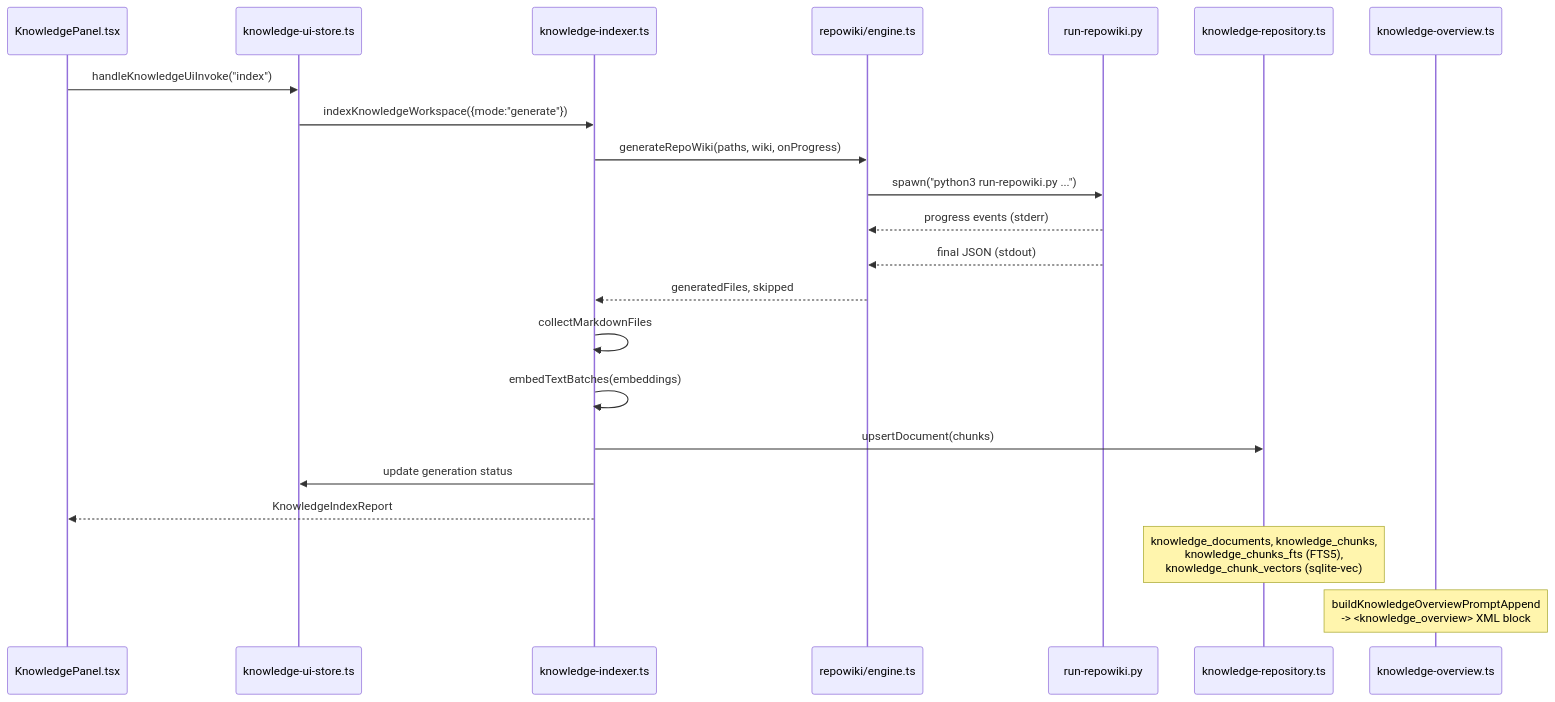
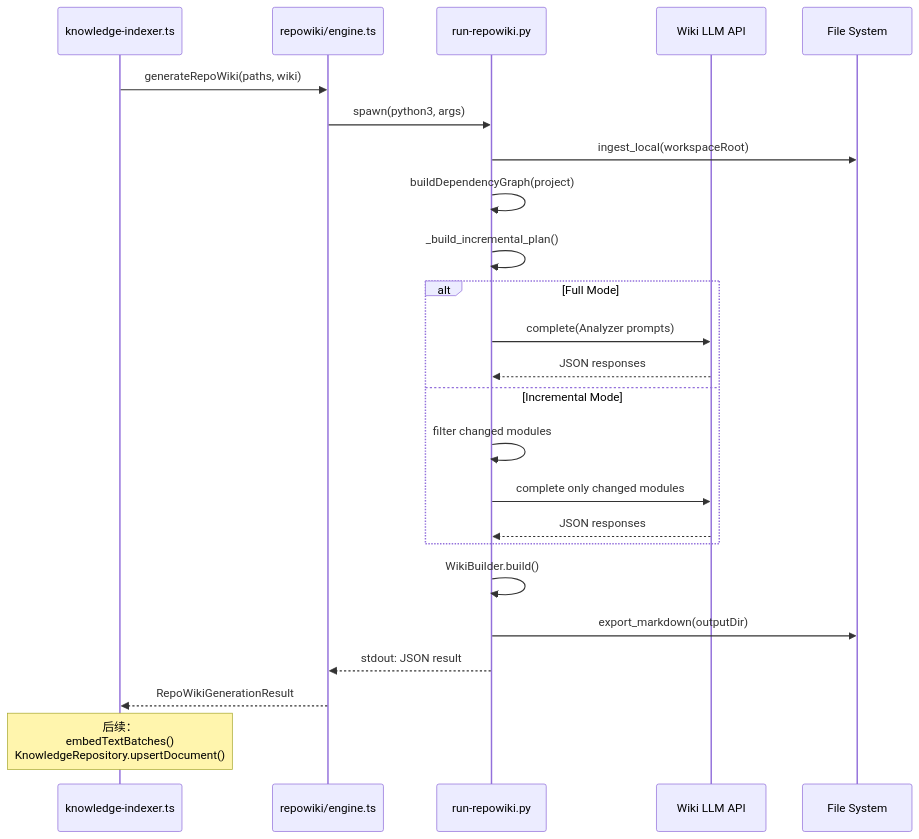
One commit to lst016/tech-cc-hub changed the third of 3 diagrams in .tech/repowiki/zh/content/核心模块规格/知识库后端引擎总览/Repo Wiki Python Runner.md. Above: the diagram before and after it, drawn with Mermaid. The commit also changed other lines of this file and 129 other files, not shown here.

````diff
--- a/.tech/repowiki/zh/content/核心模块规格/知识库后端引擎总览/Repo Wiki Python Runner.md
+++ b/.tech/repowiki/zh/content/核心模块规格/知识库后端引擎总览/Repo Wiki Python Runner.md
@@ -262,26 +549,30 @@
 ```mermaid
 sequenceDiagram
-    participant UI as KnowledgePanel.tsx
-    participant Store as knowledge-ui-store.ts
     participant Indexer as knowledge-indexer.ts
     participant Engine as repowiki/engine.ts
     participant Python as run-repowiki.py
-    participant Repo as knowledge-repository.ts
-    participant Overview as knowledge-overview.ts
+    participant LLM as Wiki LLM API
+    participant FS as File System
 
-    UI->>Store: handleKnowledgeUiInvoke("index")
-    Store->>Indexer: indexKnowledgeWorkspace({mode:"generate"})
-    Indexer->>Engine: generateRepoWiki(paths, wiki, onProgress)
-    Engine->>Python: spawn("python3 run-repowiki.py ...")
-    Python-->>Engine: progress events (stderr)
-    Python-->>Engine: final JSON (stdout)
-    Engine-->>Indexer: generatedFiles, skipped
-    Indexer->>Indexer: collectMarkdownFiles
-    Indexer->>Indexer: embedTextBatches(embeddings)
-    Indexer->>Repo: upsertDocument(chunks)
-    Indexer->>Store: update generation status
-    Indexer-->>UI: KnowledgeIndexReport
+    Indexer->>Engine: generateRepoWiki(paths, wiki)
+    Engine->>Python: spawn(python3, args)
+    Python->>FS: ingest_local(workspaceRoot)
+    Python->>Python: buildDependencyGraph(project)
+    Python->>Python: _build_incremental_plan()
 
-    Note over Repo: knowledge_documents, knowledge_chunks,<br/>knowledge_chunks_fts (FTS5),<br/>knowledge_chunk_vectors (sqlite-vec)
-    Note over Overview: buildKnowledgeOverviewPromptAppend<br/>-> <knowledge_overview> XML block
+    alt Full Mode
+        Python->>LLM: complete(Analyzer prompts)
+        LLM-->>Python: JSON responses
+    else Incremental Mode
+        Python->>Python: filter changed modules
+        Python->>LLM: complete only changed modules
+        LLM-->>Python: JSON responses
+    end
+
+    Python->>Python: WikiBuilder.build()
+    Python->>FS: export_markdown(outputDir)
+    Python-->>Engine: stdout: JSON result
+    Engine-->>Indexer: RepoWikiGenerationResult
+
+    Note over Indexer: 后续：<br/>embedTextBatches()<br/>KnowledgeRepository.upsertDocument()
 ```
````
